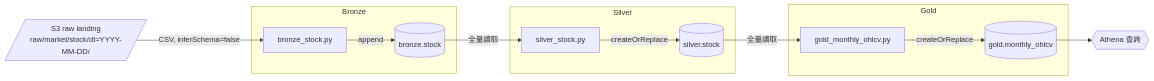
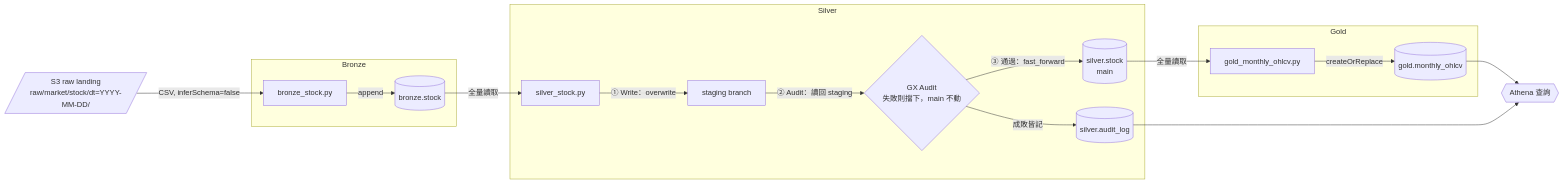
Before and after one commit to Danny0515/Portfolio-DataEngineering: the first of 2 diagrams in docs/arc42/06_runtime_view.md, drawn with Mermaid. The commit also changed other lines of this file and 3 other files, not shown here.

First line of the commit message:
docs(batch_pipeline): add batch infra and WAP diagrams

````diff
--- a/docs/arc42/06_runtime_view.md
+++ b/docs/arc42/06_runtime_view.md
@@ -7,29 +7,36 @@
 ```mermaid
 flowchart LR
     RAW[/"S3 raw landing<br/>raw/market/stock/dt=YYYY-MM-DD/"/]
 
     subgraph Bronze["Bronze"]
         BJOB["bronze_stock.py"]
         BT[("bronze.stock")]
     end
 
     subgraph Silver["Silver"]
         SJOB["silver_stock.py"]
-        ST[("silver.stock")]
+        STG["staging branch"]
+        AUD{"GX Audit<br/>失敗則擋下，main 不動"}
+        ST[("silver.stock<br/>main")]
+        LOG[("silver.audit_log")]
     end
 
     subgraph Gold["Gold"]
         GJOB["gold_monthly_ohlcv.py"]
         GT[("gold.monthly_ohlcv")]
     end
 
     ATH{{"Athena 查詢"}}
 
     RAW -->|"CSV, inferSchema=false"| BJOB
     BJOB -->|"append"| BT
     BT -->|"全量讀取"| SJOB
-    SJOB -->|"createOrReplace"| ST
+    SJOB -->|"① Write：overwrite"| STG
+    STG -->|"② Audit：讀回 staging"| AUD
+    AUD -->|"成敗皆記"| LOG
+    AUD -->|"③ 通過：fast_forward"| ST
     ST -->|"全量讀取"| GJOB
     GJOB -->|"createOrReplace"| GT
     GT --> ATH
+    LOG --> ATH
 ```
````
